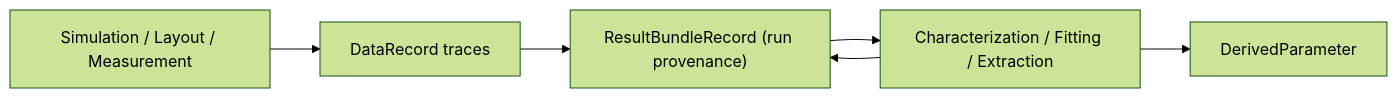
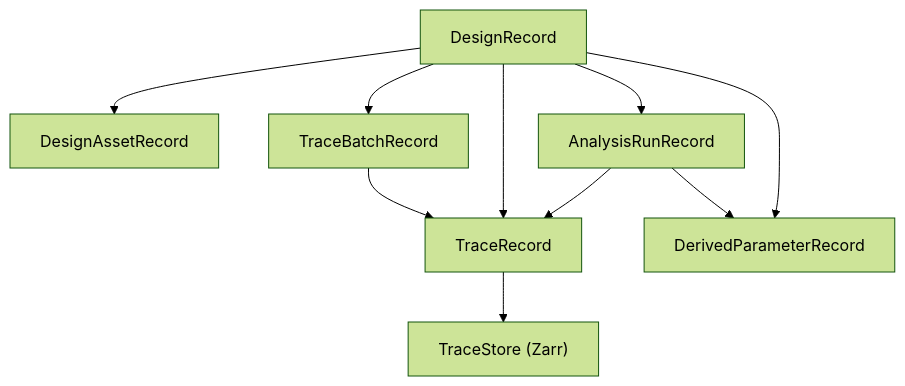
The diagram in docs/explanation/architecture/data-storage.en.md (arfiligol/superconducting-circuits-tutorial), drawn with Mermaid (forest theme) before and after one commit. The commit also changed other lines of this file and 21 other files, not shown here.

Commit message:
docs(architecture): define design-trace-tracestore platform

````diff
--- a/docs/explanation/architecture/data-storage.en.md
+++ b/docs/explanation/architecture/data-storage.en.md
@@ -79,8 +37,20 @@
 ```mermaid
-flowchart LR
-    Input["Simulation / Layout / Measurement"] --> TraceIn["DataRecord traces"]
-    TraceIn --> BundleRun["ResultBundleRecord (run provenance)"]
-    BundleRun --> Analysis["Characterization / Fitting / Extraction"]
-    Analysis --> DerivedOut["DerivedParameter"]
-    Analysis --> BundleRun
+flowchart TB
+    Design["DesignRecord"]
+    Asset["DesignAssetRecord"]
+    Batch["TraceBatchRecord"]
+    Trace["TraceRecord"]
+    Store["TraceStore (Zarr)"]
+    Analysis["AnalysisRunRecord"]
+    Derived["DerivedParameterRecord"]
+
+    Design --> Asset
+    Design --> Batch
+    Design --> Trace
+    Design --> Analysis
+    Design --> Derived
+    Batch --> Trace
+    Trace --> Store
+    Analysis --> Trace
+    Analysis --> Derived
 ```
````
